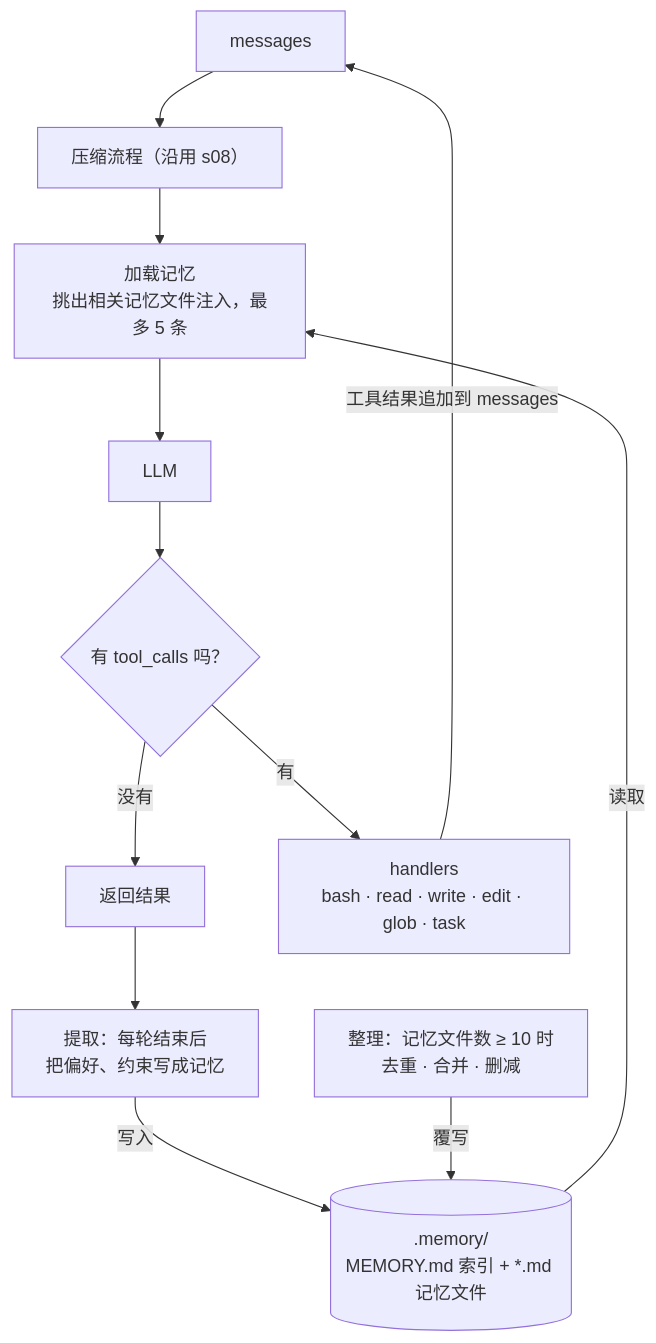
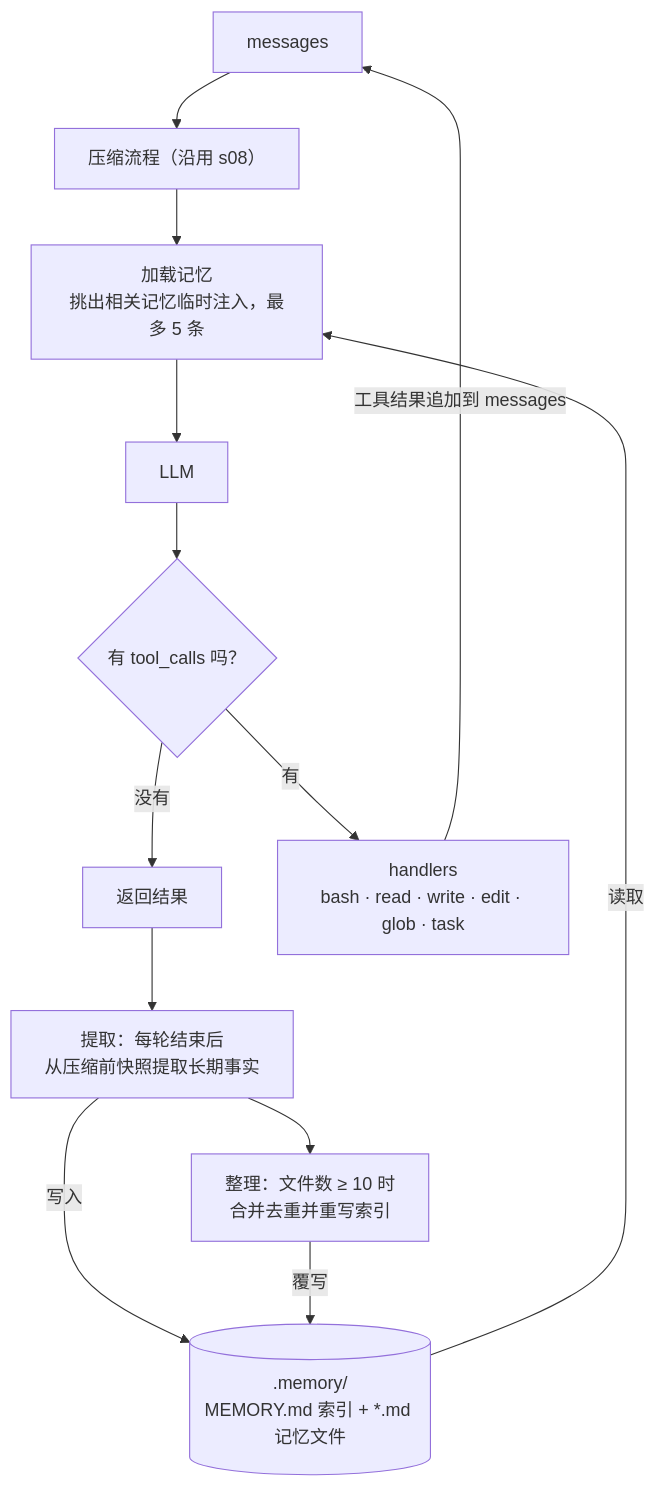
The first of 2 diagrams in code-agent-course/s09-memory.md (shengxinjing/build-your-agent), drawn with Mermaid before and after one commit. The commit also changed other lines of this file and 13 other files, not shown here.

````diff
--- a/code-agent-course/s09-memory.md
+++ b/code-agent-course/s09-memory.md
@@ -21,14 +15,15 @@
 ```mermaid
 flowchart TD
   M["messages"] --> C["压缩流程（沿用 s08）"]
-  C --> LD["加载记忆<br/>挑出相关记忆文件注入，最多 5 条"]
+  C --> LD["加载记忆<br/>挑出相关记忆临时注入，最多 5 条"]
   LD --> L["LLM"]
   L --> Q{"有 tool_calls 吗？"}
   Q -->|没有| R["返回结果"]
   Q -->|有| H["handlers<br/>bash · read · write · edit · glob · task"]
   H -->|工具结果追加到 messages| M
   MEM[(".memory/<br/>MEMORY.md 索引 + *.md 记忆文件")] -->|读取| LD
-  R --> EX["提取：每轮结束后<br/>把偏好、约束写成记忆"]
+  R --> EX["提取：每轮结束后<br/>从压缩前快照提取长期事实"]
   EX -->|写入| MEM
-  CO["整理：记忆文件数 ≥ 10 时<br/>去重 · 合并 · 删减"] -->|覆写| MEM
+  EX --> CO["整理：文件数 ≥ 10 时<br/>合并去重并重写索引"]
+  CO -->|覆写| MEM
 ```
````
